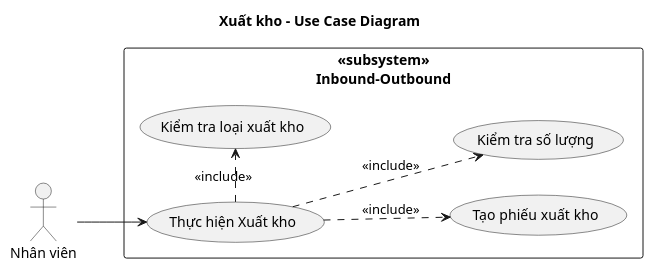
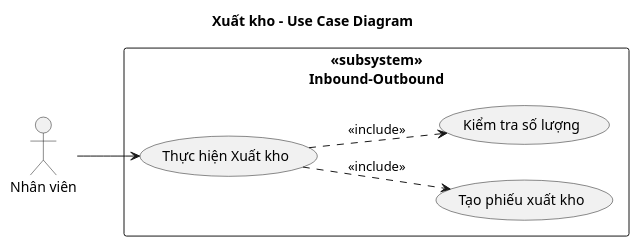
The diagram in Usecase/XuatKho-Usecase.plantuml (tuanemtramtinh/dacn-uml), drawn with PlantUML before and after one commit. The commit also changed 31 other files, not shown here.

```diff
--- a/Usecase/XuatKho-Usecase.plantuml
+++ b/Usecase/XuatKho-Usecase.plantuml
@@ -1,25 +1,23 @@
 @startuml
 
 title Xuất kho - Use Case Diagram
 
 left to right direction
 actor "Nhân viên" as nv
 ' actor "Bộ phận sản xuất/Giao hàng" as bp
 rectangle "<<subsystem>>\nInbound-Outbound" {
   ' usecase "Tạo phiếu xuất kho" as UC0
-  usecase "Kiểm tra loại xuất kho" as UC1
   usecase "Thực hiện Xuất kho" as UC2
   usecase "Tạo phiếu xuất kho" as UC3
   usecase "Kiểm tra số lượng" as UC4
   ' usecase "Cập nhật kho" as UC5
 }
 
 
 ' bp --> UC0
 
 nv --> UC2
-UC2 .> UC1: <<include>>
 UC2 ..> UC3: <<include>>
 UC2 ..> UC4: <<include>>
 ' UC2 ..> UC5: <<include>>
 @enduml
```
